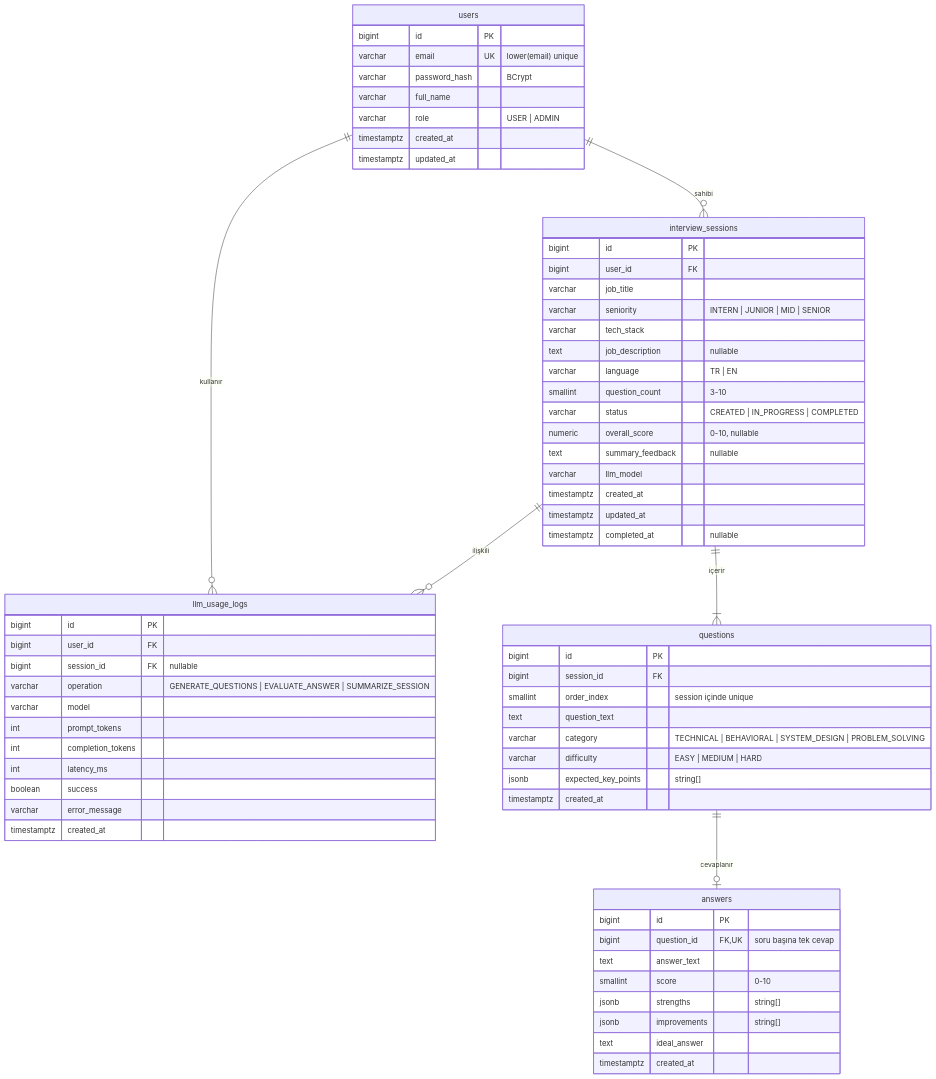
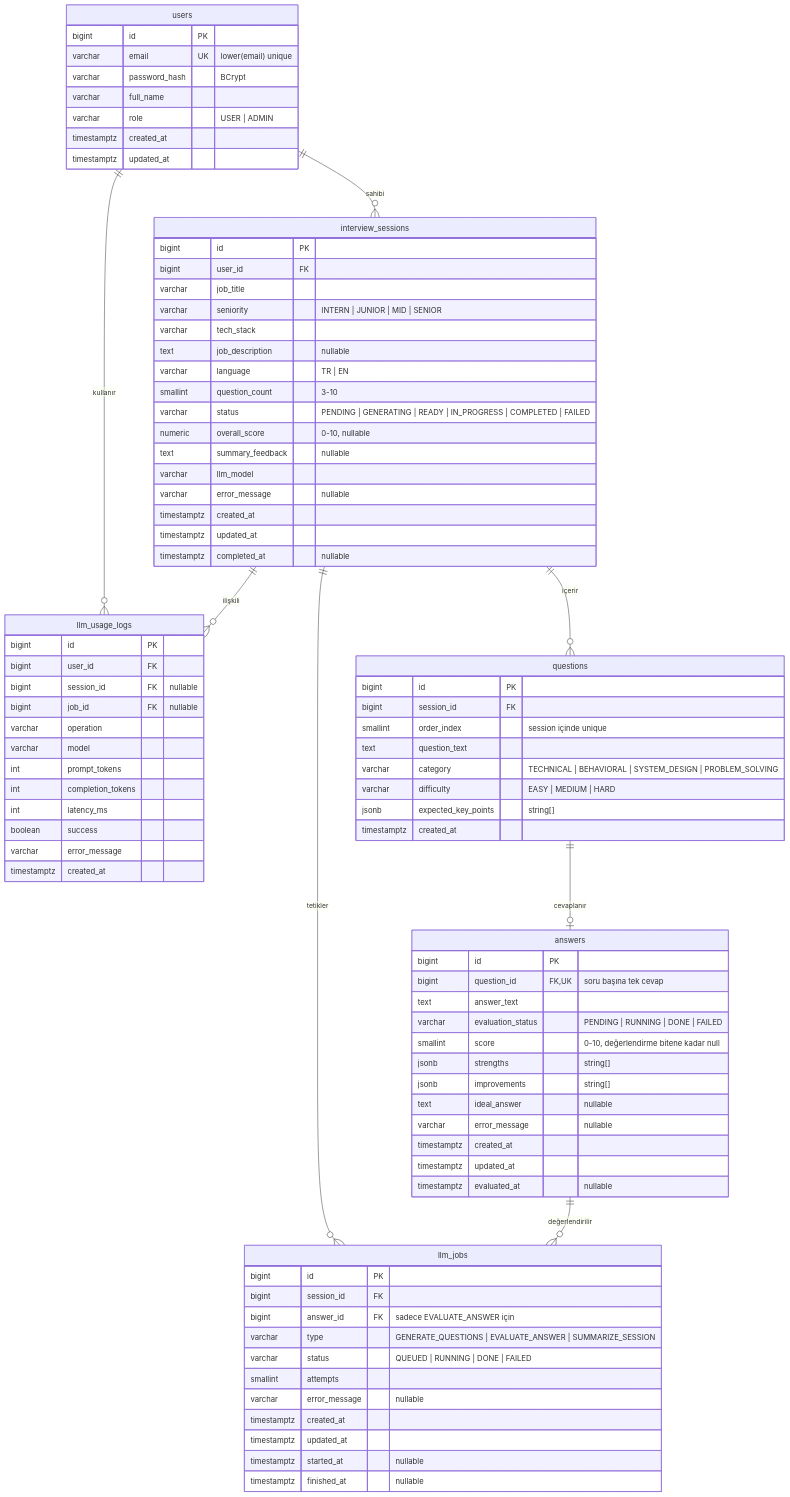
Before and after one commit to OzlemBalikci/DocuMind: the diagram in docs/03-veritabani.md, drawn with Mermaid. The commit also changed other lines of this file and 8 other files, not shown here.

```diff
--- a/docs/03-veritabani.md
+++ b/docs/03-veritabani.md
@@ -9,9 +11,11 @@
 erDiagram
     users ||--o{ interview_sessions : "sahibi"
     users ||--o{ llm_usage_logs : "kullanır"
-    interview_sessions ||--|{ questions : "içerir"
+    interview_sessions ||--o{ questions : "içerir"
+    interview_sessions ||--o{ llm_jobs : "tetikler"
     interview_sessions ||--o{ llm_usage_logs : "ilişkili"
     questions ||--o| answers : "cevaplanır"
+    answers ||--o{ llm_jobs : "değerlendirilir"
 
     users {
         bigint id PK
@@ -32,10 +36,11 @@
         text job_description "nullable"
         varchar language "TR | EN"
         smallint question_count "3-10"
-        varchar status "CREATED | IN_PROGRESS | COMPLETED"
+        varchar status "PENDING | GENERATING | READY | IN_PROGRESS | COMPLETED | FAILED"
         numeric overall_score "0-10, nullable"
         text summary_feedback "nullable"
         varchar llm_model
+        varchar error_message "nullable"
         timestamptz created_at
         timestamptz updated_at
         timestamptz completed_at "nullable"
@@ -56,18 +61,37 @@
         bigint id PK
         bigint question_id FK,UK "soru başına tek cevap"
         text answer_text
-        smallint score "0-10"
+        varchar evaluation_status "PENDING | RUNNING | DONE | FAILED"
+        smallint score "0-10, değerlendirme bitene kadar null"
         jsonb strengths "string[]"
         jsonb improvements "string[]"
-        text ideal_answer
+        text ideal_answer "nullable"
+        varchar error_message "nullable"
         timestamptz created_at
+        timestamptz updated_at
+        timestamptz evaluated_at "nullable"
+    }
+
+    llm_jobs {
+        bigint id PK
+        bigint session_id FK
+        bigint answer_id FK "sadece EVALUATE_ANSWER için"
+        varchar type "GENERATE_QUESTIONS | EVALUATE_ANSWER | SUMMARIZE_SESSION"
+        varchar status "QUEUED | RUNNING | DONE | FAILED"
+        smallint attempts
+        varchar error_message "nullable"
+        timestamptz created_at
+        timestamptz updated_at
+        timestamptz started_at "nullable"
+        timestamptz finished_at "nullable"
     }
 
     llm_usage_logs {
         bigint id PK
         bigint user_id FK
         bigint session_id FK "nullable"
-        varchar operation "GENERATE_QUESTIONS | EVALUATE_ANSWER | SUMMARIZE_SESSION"
+        bigint job_id FK "nullable"
+        varchar operation
         varchar model
         int prompt_tokens
         int completion_tokens
```
